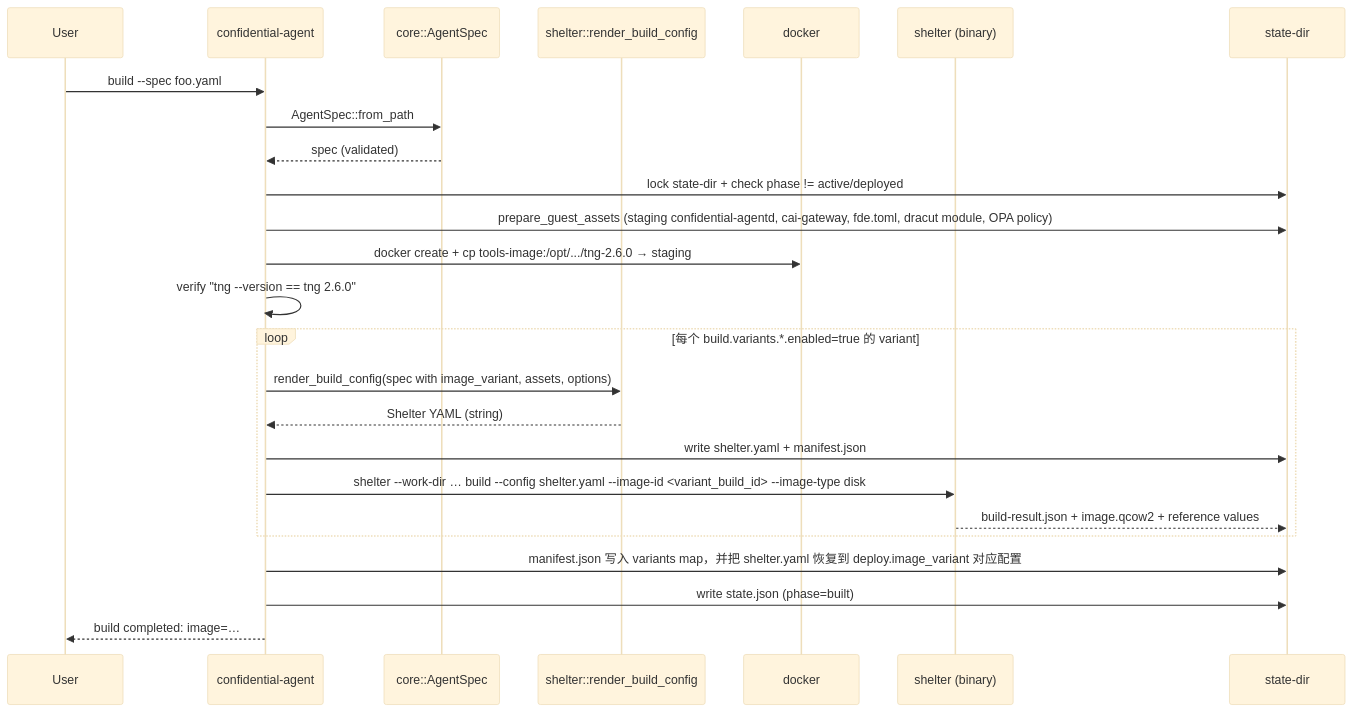
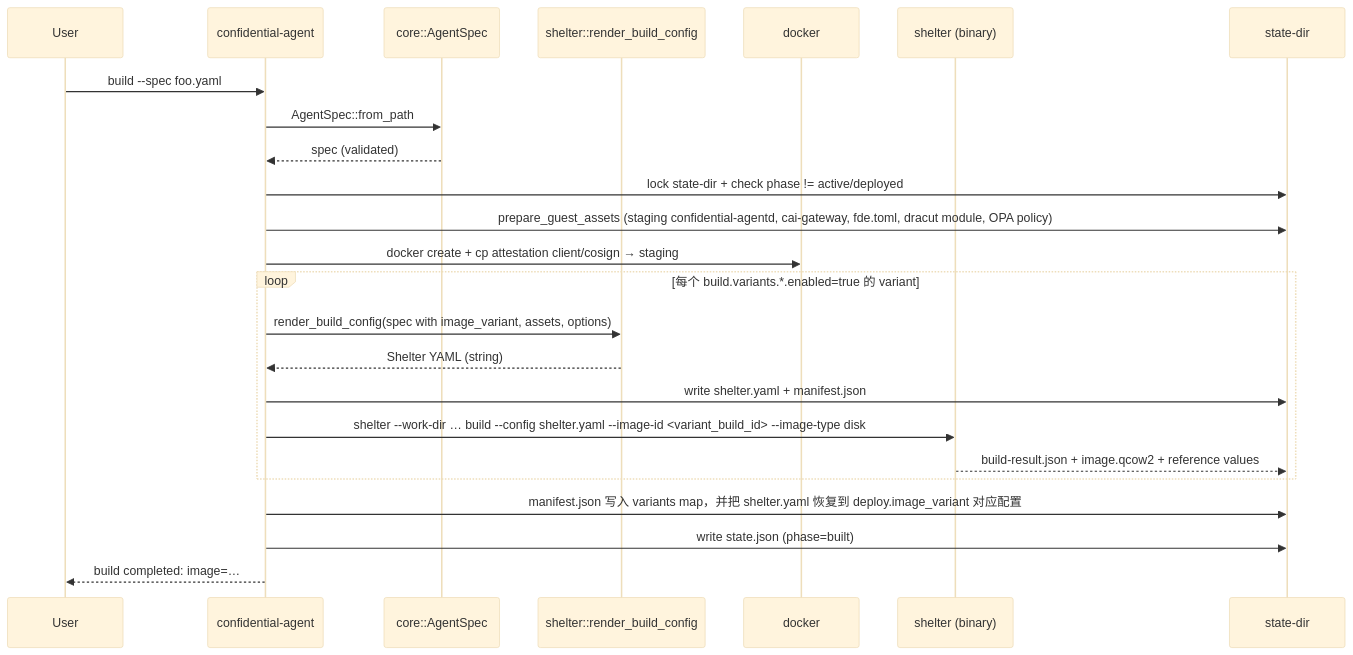
The third of 7 diagrams in docs/architecture.md (wdsun1008/confidential-agent), drawn with Mermaid (base theme) before and after one commit. The commit also changed other lines of this file and 18 other files, not shown here.

````diff
--- a/docs/architecture.md
+++ b/docs/architecture.md
@@ -56,28 +56,27 @@
 ```mermaid
 sequenceDiagram
     participant U as User
     participant CLI as confidential-agent
     participant Core as core::AgentSpec
     participant SH as shelter::render_build_config
     participant Docker as docker
     participant SHB as shelter (binary)
     participant FS as state-dir
 
     U->>CLI: build --spec foo.yaml
     CLI->>Core: AgentSpec::from_path
     Core-->>CLI: spec (validated)
     CLI->>FS: lock state-dir + check phase != active/deployed
     CLI->>FS: prepare_guest_assets (staging confidential-agentd, cai-gateway, fde.toml, dracut module, OPA policy)
-    CLI->>Docker: docker create + cp tools-image:/opt/.../tng-2.6.0 → staging
-    CLI->>CLI: verify "tng --version == tng 2.6.0"
+    CLI->>Docker: docker create + cp attestation client/cosign → staging
     loop 每个 build.variants.*.enabled=true 的 variant
         CLI->>SH: render_build_config(spec with image_variant, assets, options)
         SH-->>CLI: Shelter YAML (string)
         CLI->>FS: write shelter.yaml + manifest.json
         CLI->>SHB: shelter --work-dir … build --config shelter.yaml --image-id <variant_build_id> --image-type disk
         SHB-->>FS: build-result.json + image.qcow2 + reference values
     end
     CLI->>FS: manifest.json 写入 variants map，并把 shelter.yaml 恢复到 deploy.image_variant 对应配置
     CLI->>FS: write state.json (phase=built)
     CLI-->>U: build completed: image=…
 ```
````
